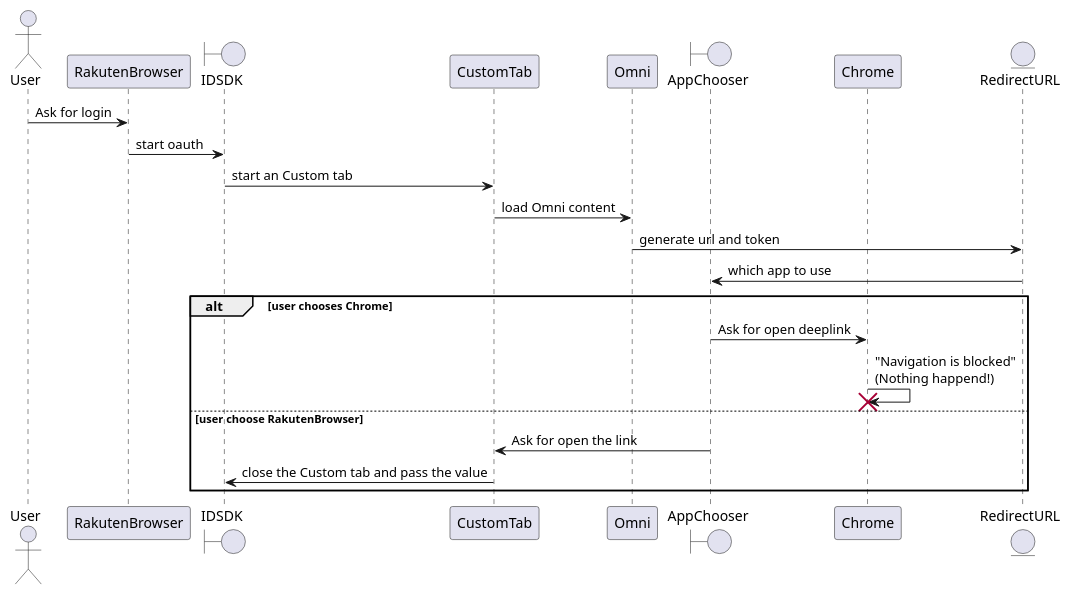
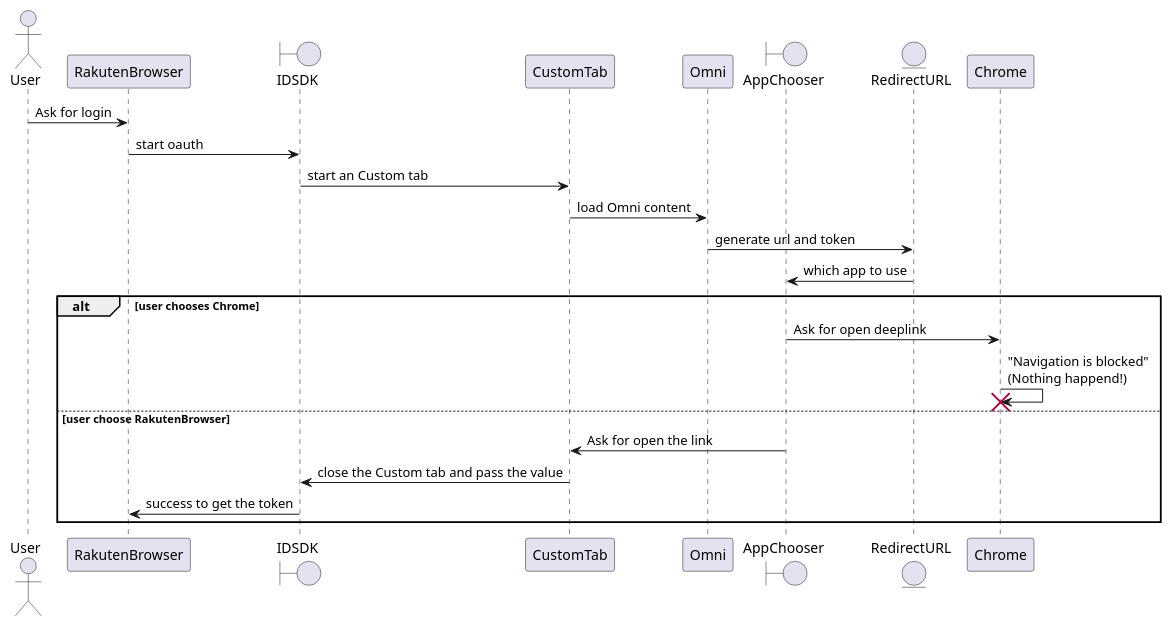
One commit to trungnguyenrakuten/testtttttttttttt changed the first of 2 diagrams in Readme.md. Above: the diagram before and after it, drawn with PlantUML. The commit also changed other lines of this file, not shown here.

````diff
--- a/Readme.md
+++ b/Readme.md
@@ -59,27 +65,27 @@
 ```plantuml
 
 actor       User        as u
 participant RakutenBrowser as rb
 boundary    IDSDK    as id
 participant CustomTab as ct
 participant Omni as om
 boundary    AppChooser    as ac
+entity      RedirectURL      as r
 participant Chrome as c
-entity      RedirectURL      as r
 u -> rb : Ask for login
 rb -> id : start oauth
 id -> ct : start an Custom tab
 ct -> om : load Omni content
 om -> r : generate url and token
 r -> ac : which app to use
 alt user chooses Chrome
     ac -> c : Ask for open deeplink
     c -> c !! : "Navigation is blocked"\n(Nothing happend!)
 else user choose RakutenBrowser
     ac -> ct : Ask for open the link
     ct -> id : close the Custom tab and pass the value
-
+    id -> rb: success to get the token
 end    
 
 
 ```
````
